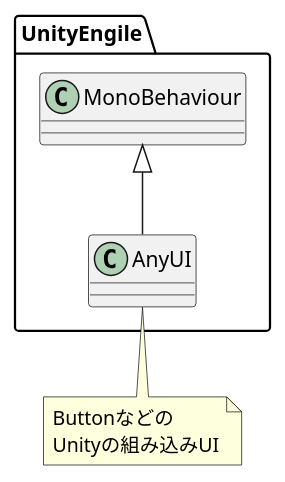
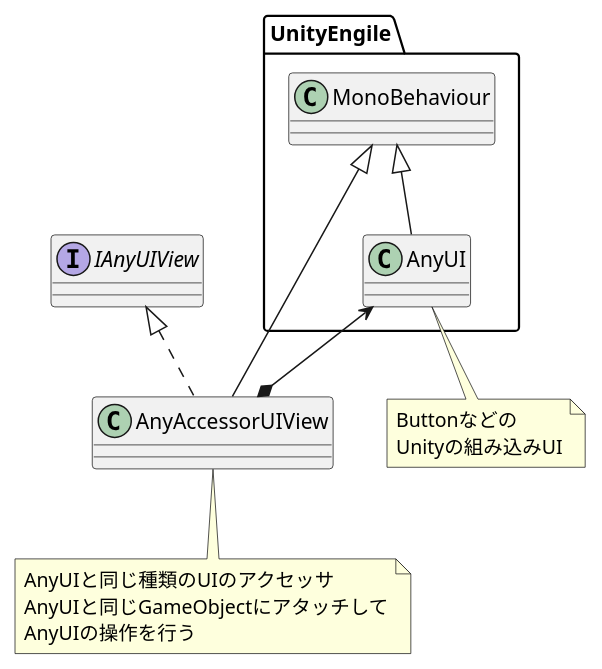
The diagram in Specs/uml/ui_class.pu (yobiya/unity-distributed-rendering), drawn with PlantUML before and after one commit. The commit also changed 1 other file, not shown here.

```diff
--- a/Specs/uml/ui_class.pu
+++ b/Specs/uml/ui_class.pu
@@ -1,12 +1,23 @@
 @startuml ui_class
 
 class UnityEngile.MonoBehaviour
 class UnityEngile.AnyUI
 note bottom
   Buttonなどの
   Unityの組み込みUI
 endnote
 
+interface IAnyUIView
+class AnyAccessorUIView
+note bottom
+  AnyUIと同じ種類のUIのアクセッサ
+  AnyUIと同じGameObjectにアタッチして
+  AnyUIの操作を行う
+endnote
+
 UnityEngile.MonoBehaviour <|-- UnityEngile.AnyUI
+UnityEngile.MonoBehaviour <|-- AnyAccessorUIView
+IAnyUIView <|.. AnyAccessorUIView
+UnityEngile.AnyUI <--* AnyAccessorUIView
 
 @enduml
```
